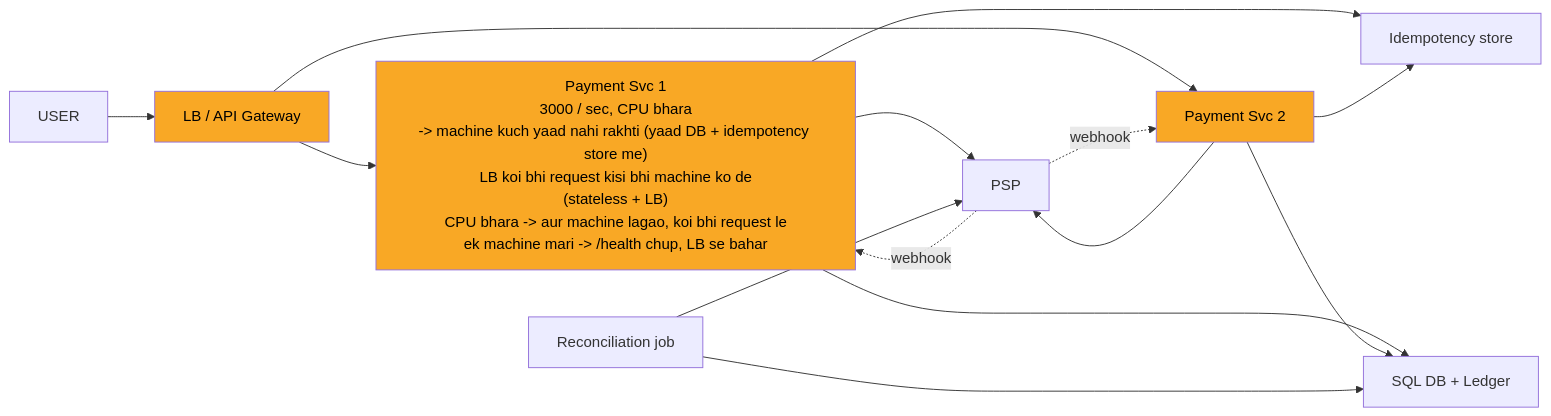
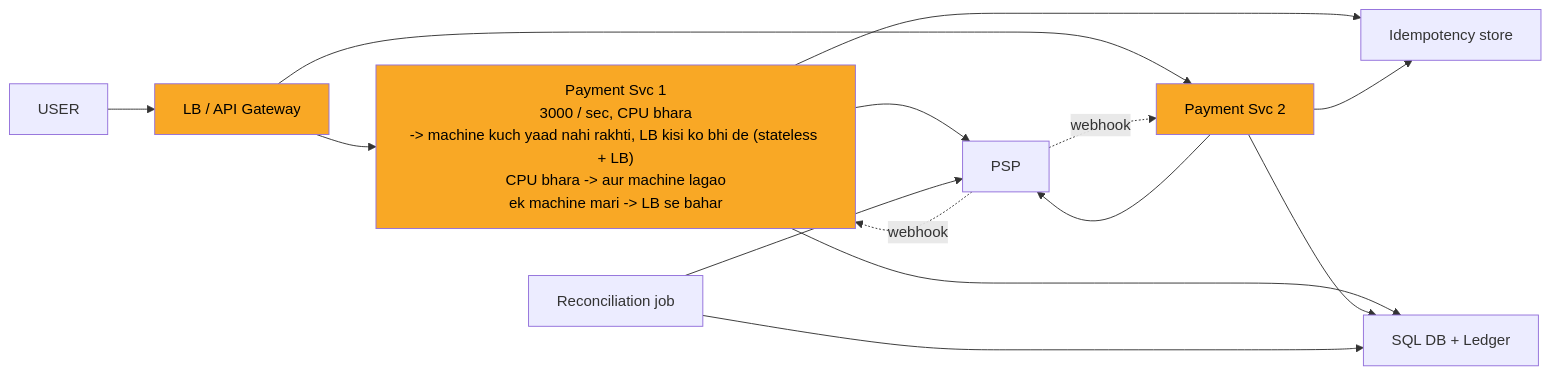
One commit to ArpanMaheshwari144/Prep changed the diagram in 04_HLD/SYSTEM_DESIGNS/06_payment_system/img/c8.mmd. Above: the diagram before and after it, drawn with Mermaid. The commit also changed 42 other files, not shown here.

```diff
--- a/04_HLD/SYSTEM_DESIGNS/06_payment_system/img/c8.mmd
+++ b/04_HLD/SYSTEM_DESIGNS/06_payment_system/img/c8.mmd
@@ -1,26 +1,26 @@
 %%{init: {"flowchart": {"wrappingWidth": 450}}}%%
 flowchart LR
     n_USER["USER"]
     n_LB_API_Gateway["LB / API Gateway"]
-    n_Payment_Svc_x_N_1["Payment Svc 1<br/>3000 / sec, CPU bhara<br/>-> machine kuch yaad nahi rakhti (yaad DB + idempotency store me)<br/>LB koi bhi request kisi bhi machine ko de<br/>(stateless + LB)<br/>CPU bhara -> aur machine lagao, koi bhi request le<br/>ek machine mari -> /health chup, LB se bahar"]
+    n_Payment_Svc_x_N_1["Payment Svc 1<br/>3000 / sec, CPU bhara<br/>-> machine kuch yaad nahi rakhti, LB kisi ko bhi de (stateless + LB)<br/>CPU bhara -> aur machine lagao<br/>ek machine mari -> LB se bahar"]
     n_Payment_Svc_x_N_2["Payment Svc 2"]
     n_Idempotency_store["Idempotency store"]
     n_PSP["PSP"]
     n_DB["SQL DB + Ledger"]
     n_Reconciliation_job["Reconciliation job"]
     n_USER --> n_LB_API_Gateway
     n_LB_API_Gateway --> n_Payment_Svc_x_N_1
     n_LB_API_Gateway --> n_Payment_Svc_x_N_2
     n_Payment_Svc_x_N_1 --> n_Idempotency_store
     n_Payment_Svc_x_N_2 --> n_Idempotency_store
     n_Payment_Svc_x_N_1 --> n_PSP
     n_Payment_Svc_x_N_2 --> n_PSP
     n_Payment_Svc_x_N_1 --> n_DB
     n_Payment_Svc_x_N_2 --> n_DB
     n_Reconciliation_job --> n_DB
     n_Reconciliation_job --> n_PSP
     n_PSP -.->|webhook| n_Payment_Svc_x_N_1
     n_PSP -.->|webhook| n_Payment_Svc_x_N_2
     style n_LB_API_Gateway fill:#f9a825,color:#000
     style n_Payment_Svc_x_N_1 fill:#f9a825,color:#000
     style n_Payment_Svc_x_N_2 fill:#f9a825,color:#000
```
